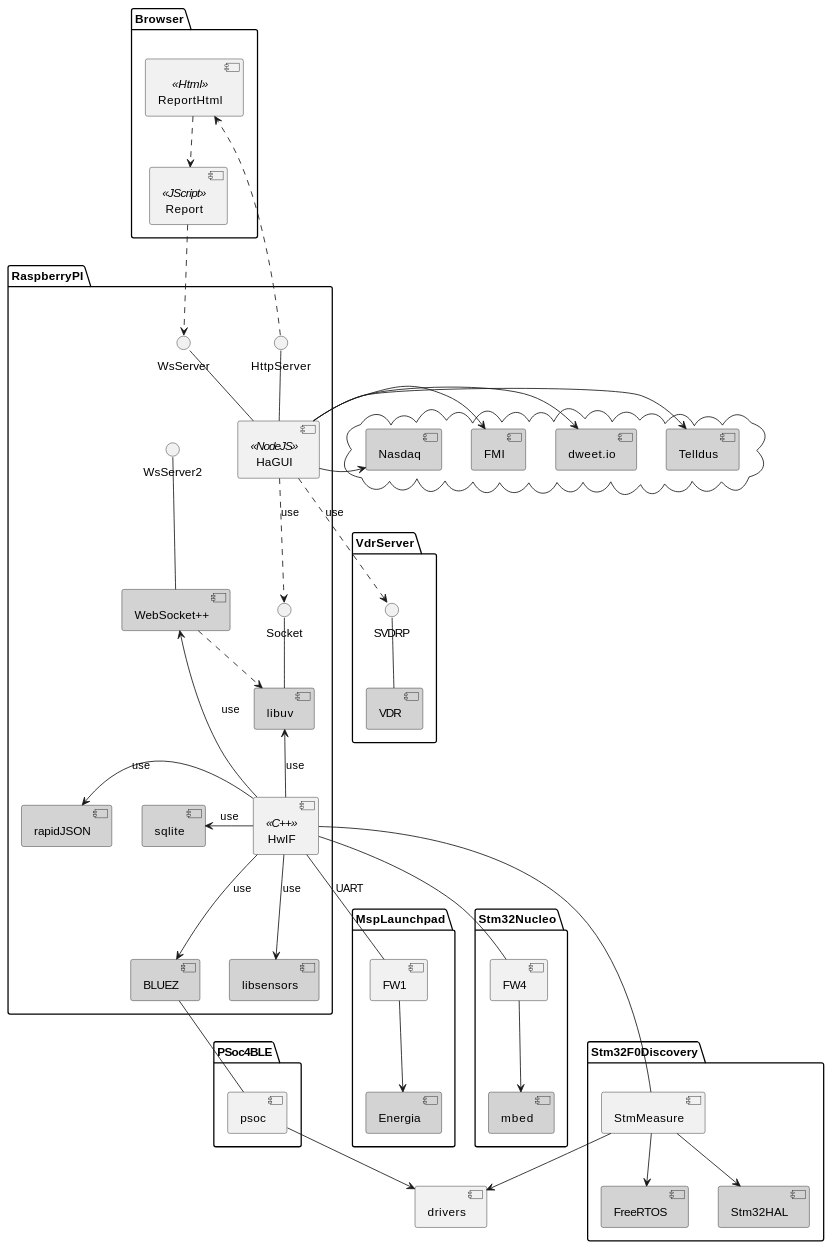
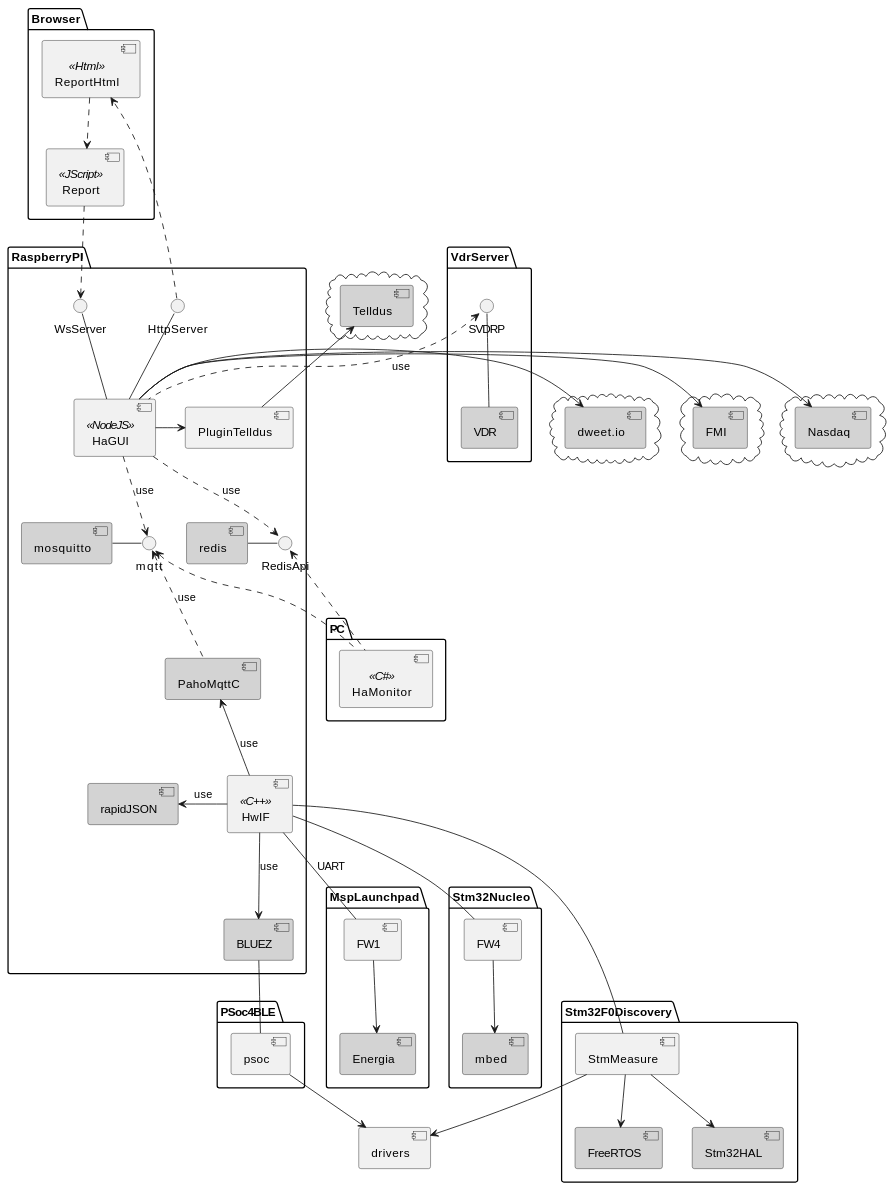
One commit to ojari/ojari.github.io changed the first of 3 diagrams in github.org. Above: the diagram before and after it, drawn with PlantUML. The commit also changed other lines of this file and 8 other files, not shown here.

Commit message:
update diagrams for version 0.4 (mqtt and redis added)

```diff
--- a/github.org
+++ b/github.org
@@ -27,35 +26,38 @@
    [ReportHtml] .down.> [Report]  
 }
 
+package PC {
+   [HaMonitor] <<C#>>
+}
+
 package RaspberryPI {
    [HaGUI] <<NodeJS>>
    [HwIF]  <<C++>>
 
    interface HttpServer
    interface WsServer
-   interface WsServer2
-   interface Socket
+   interface mqtt
+   interface RedisApi
 
    component [BLUEZ] #LightGrey
-   component [sqlite] #LightGrey
    component [rapidJSON] #LightGrey
-   component [libsensors] #LightGrey
-   component [libuv] #LightGrey
-   component [WebSocket++] #LightGrey
+   component [PahoMqttC] #LightGrey
+   component [mosquitto] #LightGrey
+   component [redis] #LightGrey
+   component [PluginTelldus]
 
    [Report] .down.> WsServer
-   [HaGUI] .down.> Socket : use
+   [HaGUI] .down.> mqtt : use
+   [HaGUI] .down.> RedisApi : use
+   [PahoMqttC] .up.> mqtt : use
+
+   [mosquitto] -right- mqtt
+   [redis] -right- RedisApi
 
    HttpServer -down- [HaGUI]
    WsServer -down- [HaGUI]
-   WsServer2 -down- [WebSocket++]
-   Socket -down- [libuv]
-   [HwIF] -up-> [WebSocket++] : use
-   [HwIF] -up-> [libuv] : use
-   [WebSocket++] .down.> [libuv]
+   [HwIF] -up-> [PahoMqttC] : use
    [HwIF] -down-> [BLUEZ] : use
-   [HwIF] -down-> [libsensors] : use
-   [HwIF] -left-> [sqlite] : use
    [HwIF] -left-> [rapidJSON] : use
 }
 
@@ -97,21 +99,30 @@
 }
 
 cloud {
-   cloud [Telldus] #LightGrey
-   component [dweet.io] #LightGrey
-   component [FMI] #LightGrey
-   component [Nasdaq] #LightGrey
+   [Telldus] #LightGrey
+}
+cloud {
+   [dweet.io] #LightGrey
+}
+cloud {
+   [FMI] #LightGrey
+}
+cloud {
+   [Nasdaq] #LightGrey
 }
 
 HttpServer ..> [ReportHtml]
-[HaGUI] ..> SVDRP : use
-[HaGUI] -> [Telldus]
+[HaGUI] .up.> SVDRP : use
 [HaGUI] -> [dweet.io]
 [HaGUI] -> [FMI]
 [HaGUI] -> [Nasdaq]
+[HaGUI] -> [PluginTelldus]
 [HwIF] -- [FW1] : UART
 [HwIF] -- [StmMeasure]
 [BLUEZ] -- [psoc]
 [HwIF] -- [FW4]
 
+[PluginTelldus] -up-> [Telldus]
+[HaMonitor] .up.> mqtt
+[HaMonitor] .up.> RedisApi
 #+end_src
```
